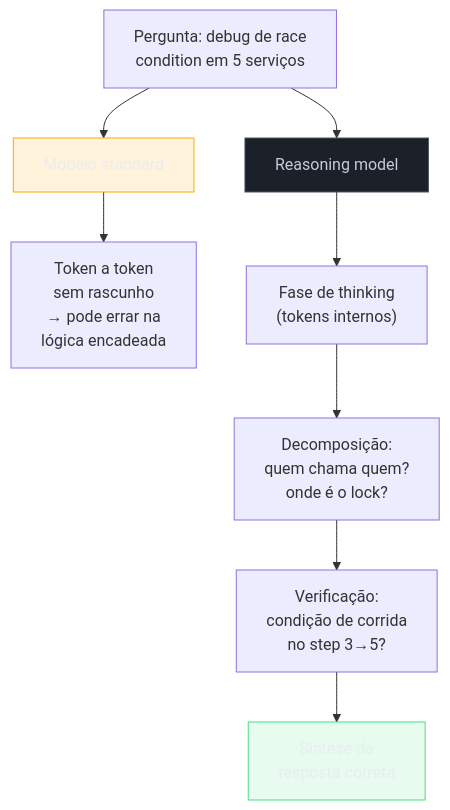
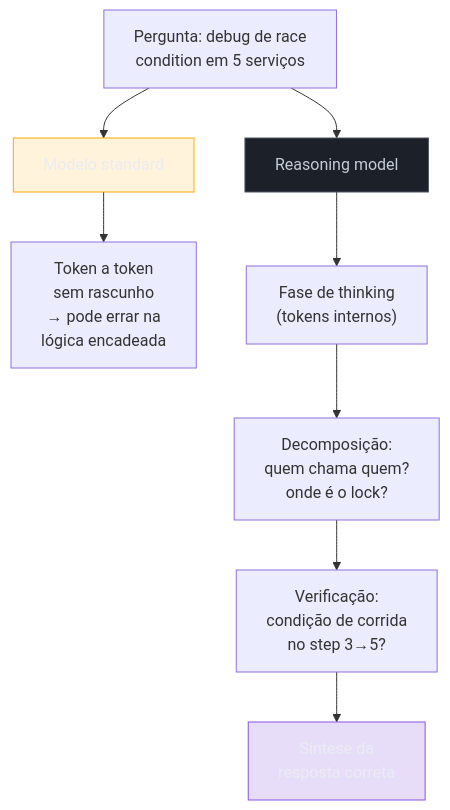
The first of 3 diagrams in 03-Dominios/Tecnologia/IA/Anatomia dos LLMs/15 - Reasoning models e chain-of-thought.md (josenaldo/codex-technomanticus), drawn with Mermaid before and after one commit. The commit also changed 601 other files, not shown here.

````diff
--- a/03-Dominios/Tecnologia/IA/Anatomia dos LLMs/15 - Reasoning models e chain-of-thought.md
+++ b/03-Dominios/Tecnologia/IA/Anatomia dos LLMs/15 - Reasoning models e chain-of-thought.md
@@ -35,19 +35,19 @@
 ```mermaid
 graph TD
+    classDef marca fill:#8855DF33,stroke:#8855DF,color:#E9ECF2
     classDef destaque fill:#FFAA0024,stroke:#FFAA00,color:#E9ECF2
     classDef neutro fill:#1B2029,stroke:#4E5666,color:#C6CCD8
-    classDef ok fill:#4ADE8021,stroke:#4ADE80,color:#E9ECF2
     P["Pergunta: debug de race\ncondition em 5 serviços"] --> STD["Modelo standard"]
     P --> RSN["Reasoning model"]
 
     STD --> A1["Token a token\nsem rascunho\n→ pode errar na\n  lógica encadeada"]
     
     RSN --> B1["Fase de thinking\n(tokens internos)"]
     B1 --> B2["Decomposição:\nquem chama quem?\nonde é o lock?"]
     B2 --> B3["Verificação:\ncondição de corrida\nno step 3→5?"]
     B3 --> B4["Síntese da\nresposta correta"]
     
     class STD destaque
     class RSN neutro
-    class B4 ok
+    class B4 marca
 ```
````
